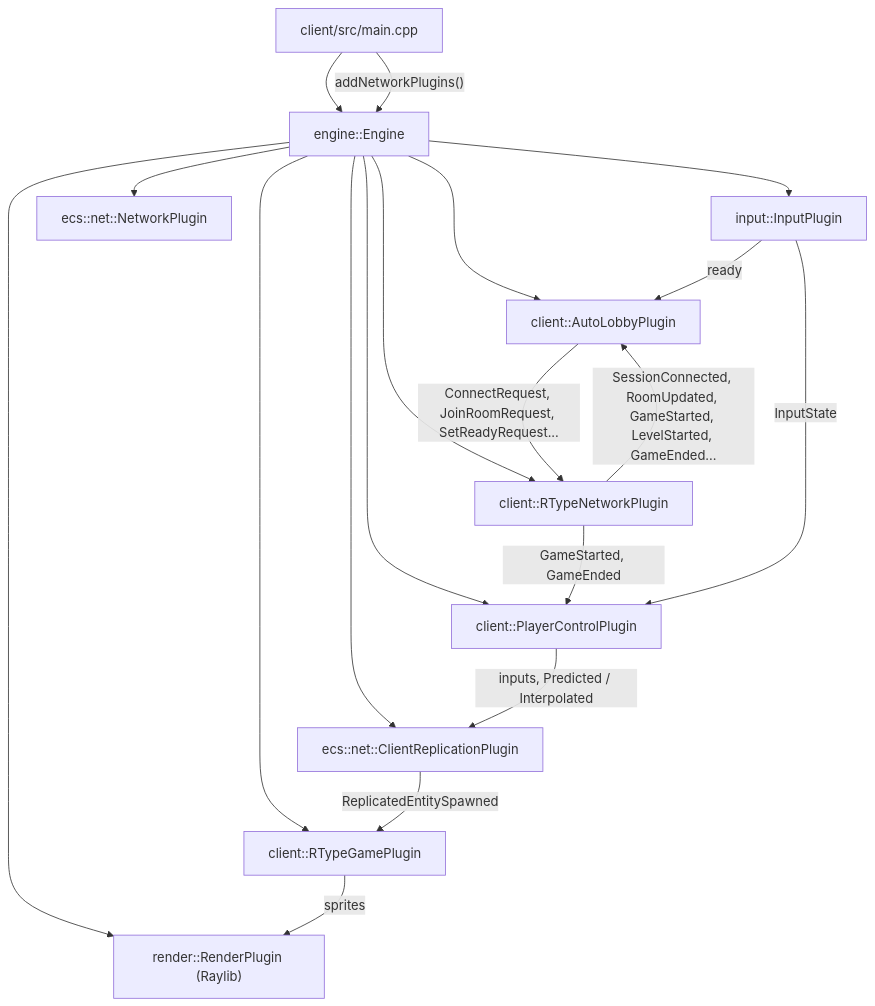
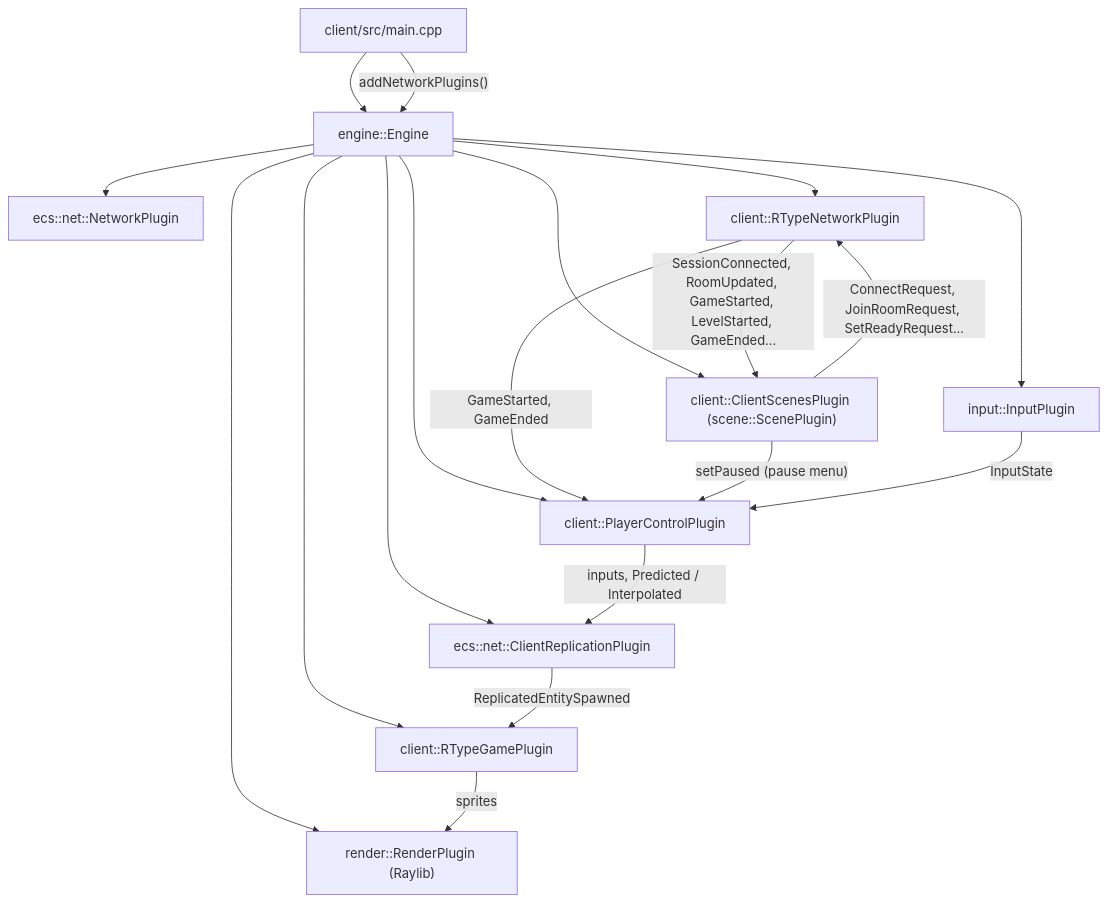
Before and after one commit to Matt4401/Mirror-Rtype: the first of 2 diagrams in docs/architecture/client.md, drawn with Mermaid. The commit also changed other lines of this file and 20 other files, not shown here.

First line of the commit message:
feat(client): add the R-Type menus on the scene system

````diff
--- a/docs/architecture/client.md
+++ b/docs/architecture/client.md
@@ -8,22 +8,22 @@
 ```mermaid
 flowchart TD
     Main["client/src/main.cpp"] --> Engine["engine::Engine"]
     Main -->|"addNetworkPlugins()"| Engine
     Engine --> RenderPlugin["render::RenderPlugin (Raylib)"]
     Engine --> InputPlugin["input::InputPlugin"]
     Engine --> NetworkPlugin["ecs::net::NetworkPlugin"]
     Engine --> Replication["ecs::net::ClientReplicationPlugin"]
     Engine --> NetPlugin["client::RTypeNetworkPlugin"]
     Engine --> Control["client::PlayerControlPlugin"]
     Engine --> GamePlugin["client::RTypeGamePlugin"]
-    Engine --> Auto["client::AutoLobbyPlugin"]
+    Engine --> Scenes["client::ClientScenesPlugin (scene::ScenePlugin)"]
 
-    Auto -->|"ConnectRequest, JoinRoomRequest, SetReadyRequest..."| NetPlugin
-    NetPlugin -->|"SessionConnected, RoomUpdated, GameStarted, LevelStarted, GameEnded..."| Auto
+    Scenes -->|"ConnectRequest, JoinRoomRequest, SetReadyRequest..."| NetPlugin
+    NetPlugin -->|"SessionConnected, RoomUpdated, GameStarted, LevelStarted, GameEnded..."| Scenes
     NetPlugin -->|"GameStarted, GameEnded"| Control
+    Scenes -->|"setPaused (pause menu)"| Control
     Control -->|"inputs, Predicted / Interpolated"| Replication
     Replication -->|"ReplicatedEntitySpawned"| GamePlugin
     GamePlugin -->|"sprites"| RenderPlugin
     InputPlugin -->|"InputState"| Control
-    InputPlugin -->|"ready"| Auto
 ```
````
